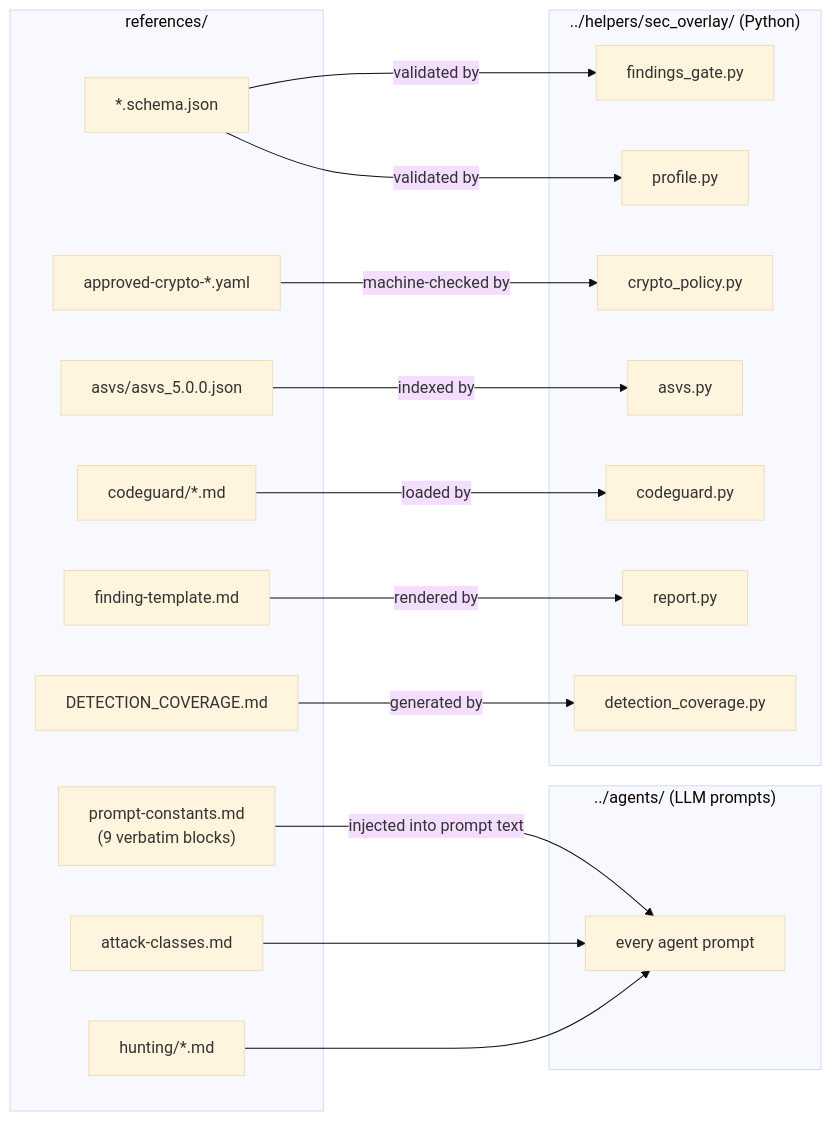
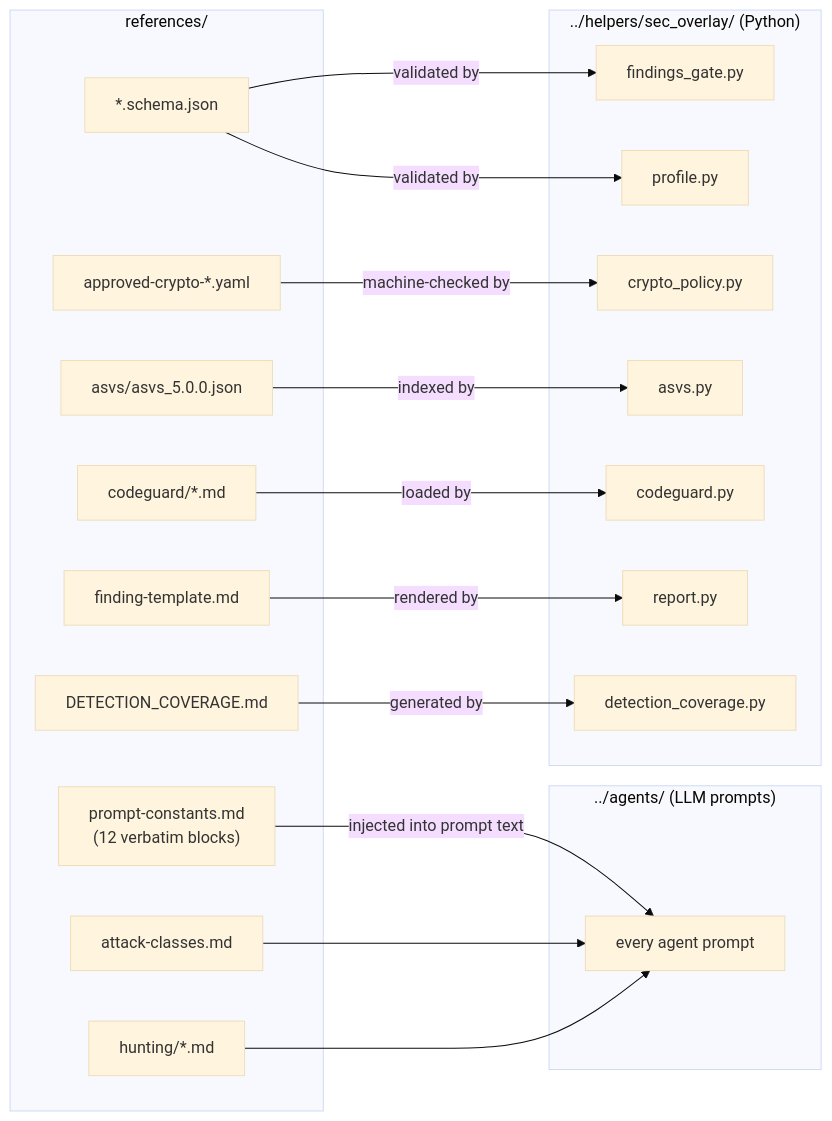
The first of 2 diagrams in plugins/sec-overlay/skills/sec-overlay/references/README.md (cjbischoff/cjbischoff-claude-code-tools), drawn with Mermaid (base theme) before and after one commit. The commit also changed other lines of this file and 4 other files, not shown here.

Commit message:
feat(sec-overlay): add diagram/ownership/qualifier prompt blocks

````diff
--- a/plugins/sec-overlay/skills/sec-overlay/references/README.md
+++ b/plugins/sec-overlay/skills/sec-overlay/references/README.md
@@ -34,39 +34,39 @@
 ```mermaid
 flowchart LR
     subgraph REF["references/"]
-        PC["prompt-constants.md<br/>(9 verbatim blocks)"]
+        PC["prompt-constants.md<br/>(12 verbatim blocks)"]
         AC["attack-classes.md"]
         FT["finding-template.md"]
         HUNT["hunting/*.md"]
         CG["codeguard/*.md"]
         ASVS["asvs/asvs_5.0.0.json"]
         CRYPTO["approved-crypto-*.yaml"]
         SCHEMA["*.schema.json"]
         DC["DETECTION_COVERAGE.md"]
     end
 
     subgraph AGENTS["../agents/ (LLM prompts)"]
         A["every agent prompt"]
     end
 
     subgraph HELPERS["../helpers/sec_overlay/ (Python)"]
         FG["findings_gate.py"]
         PROF["profile.py"]
         CP["crypto_policy.py"]
         ASVSPY["asvs.py"]
         CGPY["codeguard.py"]
         REP["report.py"]
         DCPY["detection_coverage.py"]
     end
 
     PC -->|"injected into prompt text"| A
     AC --> A
     HUNT --> A
     FT -->|"rendered by"| REP
     SCHEMA -->|"validated by"| FG
     SCHEMA -->|"validated by"| PROF
     CRYPTO -->|"machine-checked by"| CP
     ASVS -->|"indexed by"| ASVSPY
     CG -->|"loaded by"| CGPY
     DC -->|"generated by"| DCPY
 ```
````
